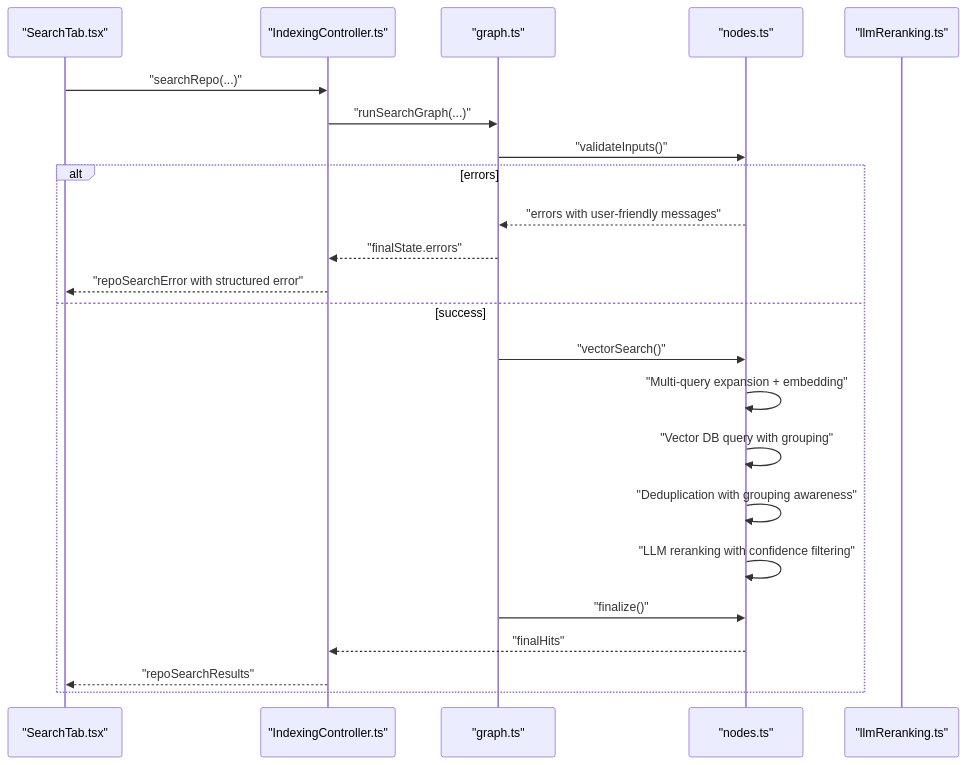
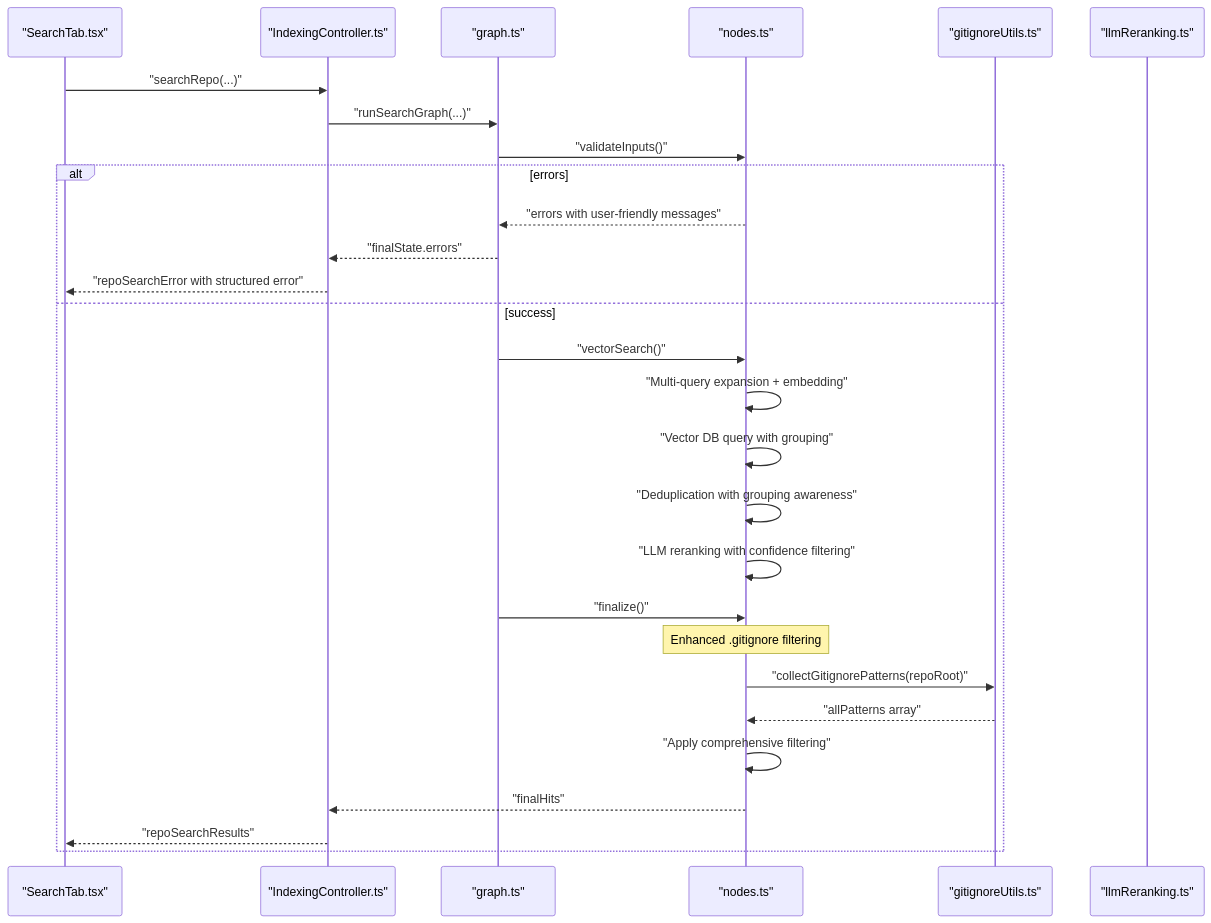
The seventh of 7 diagrams in .qoder/repowiki/en/content/Indexing and Search System/Semantic Search Algorithms.md (bramburn/repomix-runner), drawn with Mermaid before and after one commit. The commit also changed other lines of this file and 41 other files, not shown here.

````diff
--- a/.qoder/repowiki/en/content/Indexing and Search System/Semantic Search Algorithms.md
+++ b/.qoder/repowiki/en/content/Indexing and Search System/Semantic Search Algorithms.md
@@ -419,25 +497,30 @@
 ```mermaid
 sequenceDiagram
 participant UI as "SearchTab.tsx"
 participant Ctrl as "IndexingController.ts"
 participant Graph as "graph.ts"
 participant Nodes as "nodes.ts"
+participant GI as "gitignoreUtils.ts"
 participant LLM as "llmReranking.ts"
 UI->>Ctrl : "searchRepo(...)"
 Ctrl->>Graph : "runSearchGraph(...)"
 Graph->>Nodes : "validateInputs()"
 alt errors
 Nodes-->>Graph : "errors with user-friendly messages"
 Graph-->>Ctrl : "finalState.errors"
 Ctrl-->>UI : "repoSearchError with structured error"
 else success
 Graph->>Nodes : "vectorSearch()"
 Nodes->>Nodes : "Multi-query expansion + embedding"
 Nodes->>Nodes : "Vector DB query with grouping"
 Nodes->>Nodes : "Deduplication with grouping awareness"
 Nodes->>Nodes : "LLM reranking with confidence filtering"
 Graph->>Nodes : "finalize()"
+Note over Nodes : Enhanced .gitignore filtering
+Nodes->>GI : "collectGitignorePatterns(repoRoot)"
+GI-->>Nodes : "allPatterns array"
+Nodes->>Nodes : "Apply comprehensive filtering"
 Nodes-->>Ctrl : "finalHits"
 Ctrl-->>UI : "repoSearchResults"
 end
 ```
````
